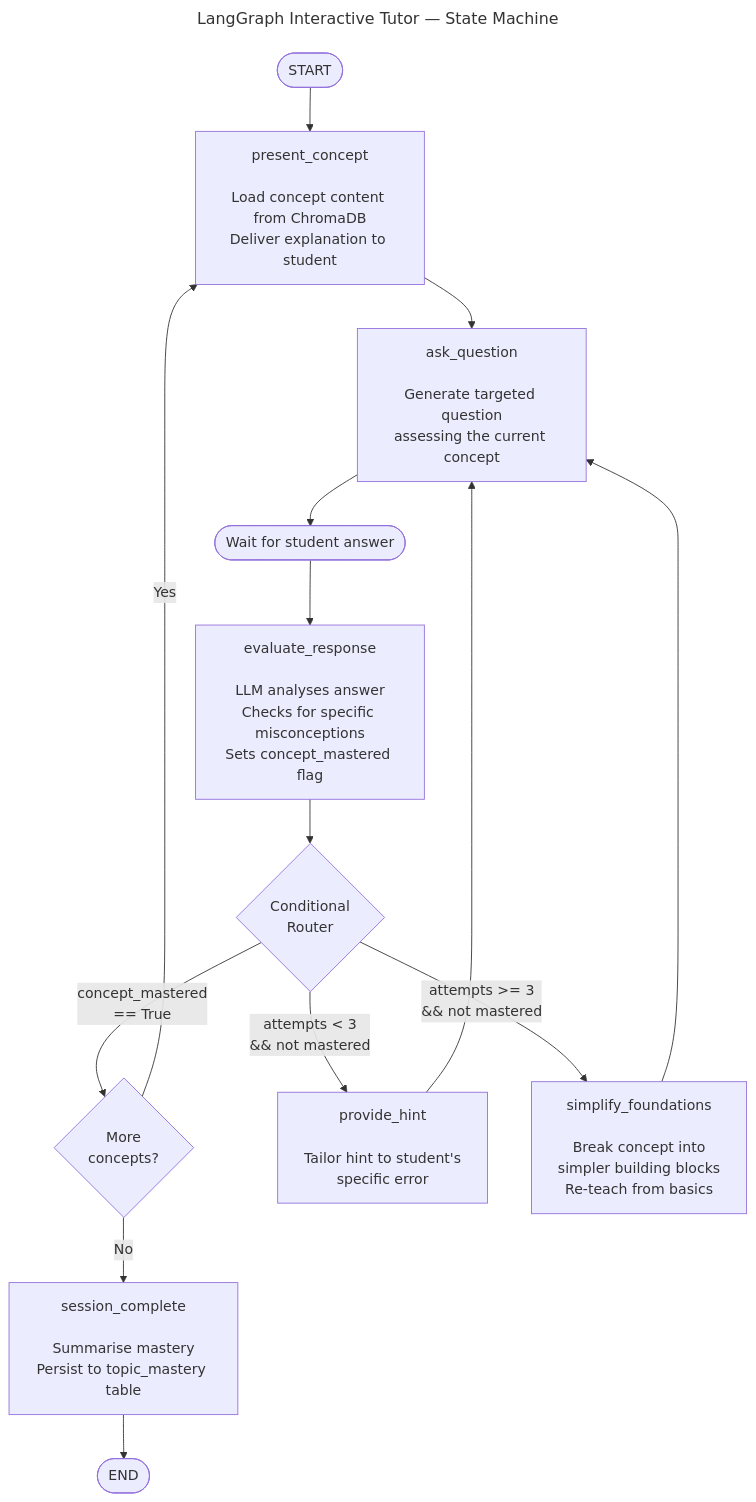
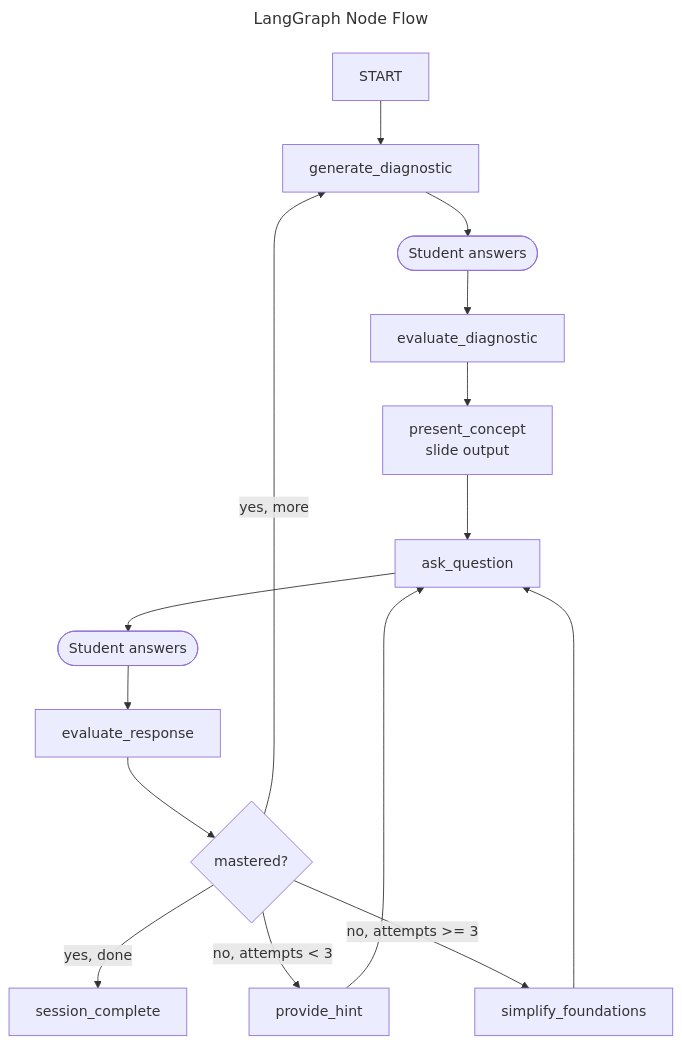
Before and after one commit to bijesh-p/deepl-ai-tutor: the fourth of 6 diagrams in ARCHITECTURE.md, drawn with Mermaid. The commit also changed other lines of this file and 1 other file, not shown here.

First line of the commit message:
[Phase 13] Simplify diagrams and rewrite ARCHITECTURE.md

````diff
--- a/ARCHITECTURE.md
+++ b/ARCHITECTURE.md
@@ -182,40 +142,20 @@
 ```mermaid
 ---
-title: LangGraph Interactive Tutor — State Machine
+title: LangGraph Node Flow
 ---
 flowchart TD
-    START([START]) --> PC
-
-    PC["present_concept\n\nLoad concept content from ChromaDB\nDeliver explanation to student"]
-
-    PC --> AQ
-
-    AQ["ask_question\n\nGenerate targeted question\nassessing the current concept"]
-
-    AQ --> WAIT([Wait for student answer])
-    WAIT --> ER
-
-    ER["evaluate_response\n\nLLM analyses answer\nChecks for specific misconceptions\nSets concept_mastered flag"]
-
-    ER --> ROUTER{Conditional\nRouter}
-
-    ROUTER -->|"concept_mastered\n== True"| NEXT{More\nconcepts?}
-    NEXT -->|Yes| PC
-    NEXT -->|No| DONE
-
-    ROUTER -->|"attempts < 3\n&& not mastered"| PH
-
-    PH["provide_hint\n\nTailor hint to student's\nspecific error"]
-
-    PH --> AQ
-
-    ROUTER -->|"attempts >= 3\n&& not mastered"| SF
-
-    SF["simplify_foundations\n\nBreak concept into\nsimpler building blocks\nRe-teach from basics"]
-
+    START --> GD[generate_diagnostic]
+    GD --> WAIT([Student answers])
+    WAIT --> ED[evaluate_diagnostic]
+    ED --> PC[present_concept\nslide output]
+    PC --> AQ[ask_question]
+    AQ --> WAIT2([Student answers])
+    WAIT2 --> ER[evaluate_response]
+    ER --> ROUTER{mastered?}
+    ROUTER -->|yes, more| GD
+    ROUTER -->|yes, done| DONE[session_complete]
+    ROUTER -->|no, attempts < 3| HINT[provide_hint]
+    ROUTER -->|no, attempts >= 3| SF[simplify_foundations]
+    HINT --> AQ
     SF --> AQ
-
-    DONE["session_complete\n\nSummarise mastery\nPersist to topic_mastery table"]
-    DONE --> END([END])
-
 ```
````
